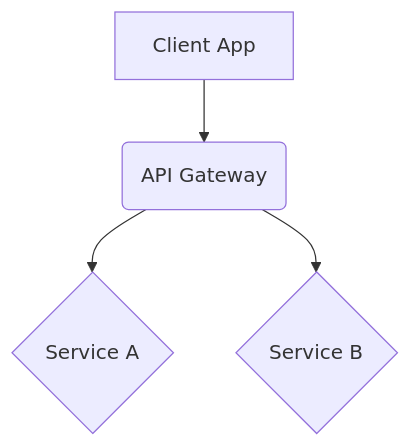
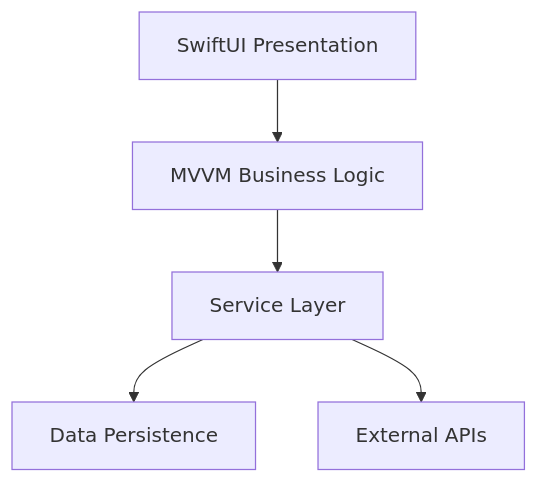
One commit to cgcardona/startup-specialist-prompts changed the diagram in System_Architect.md. Above: the diagram before and after it, drawn with Mermaid. The commit also changed other lines of this file and 13 other files, not shown here.

First line of the commit message:
git commit -m "🧠 Transform role prompts: Implement cognitive architecture patterns

````diff
--- a/System_Architect.md
+++ b/System_Architect.md
@@ -36,6 +48,7 @@
 ```mermaid
 graph TD
-    A[Client App] --> B(API Gateway)
-    B --> C{Service A}
-    B --> D{Service B}
+    A[SwiftUI Presentation] --> B[MVVM Business Logic]
+    B --> C[Service Layer]
+    C --> D[Data Persistence]
+    C --> E[External APIs]
 ```
````
